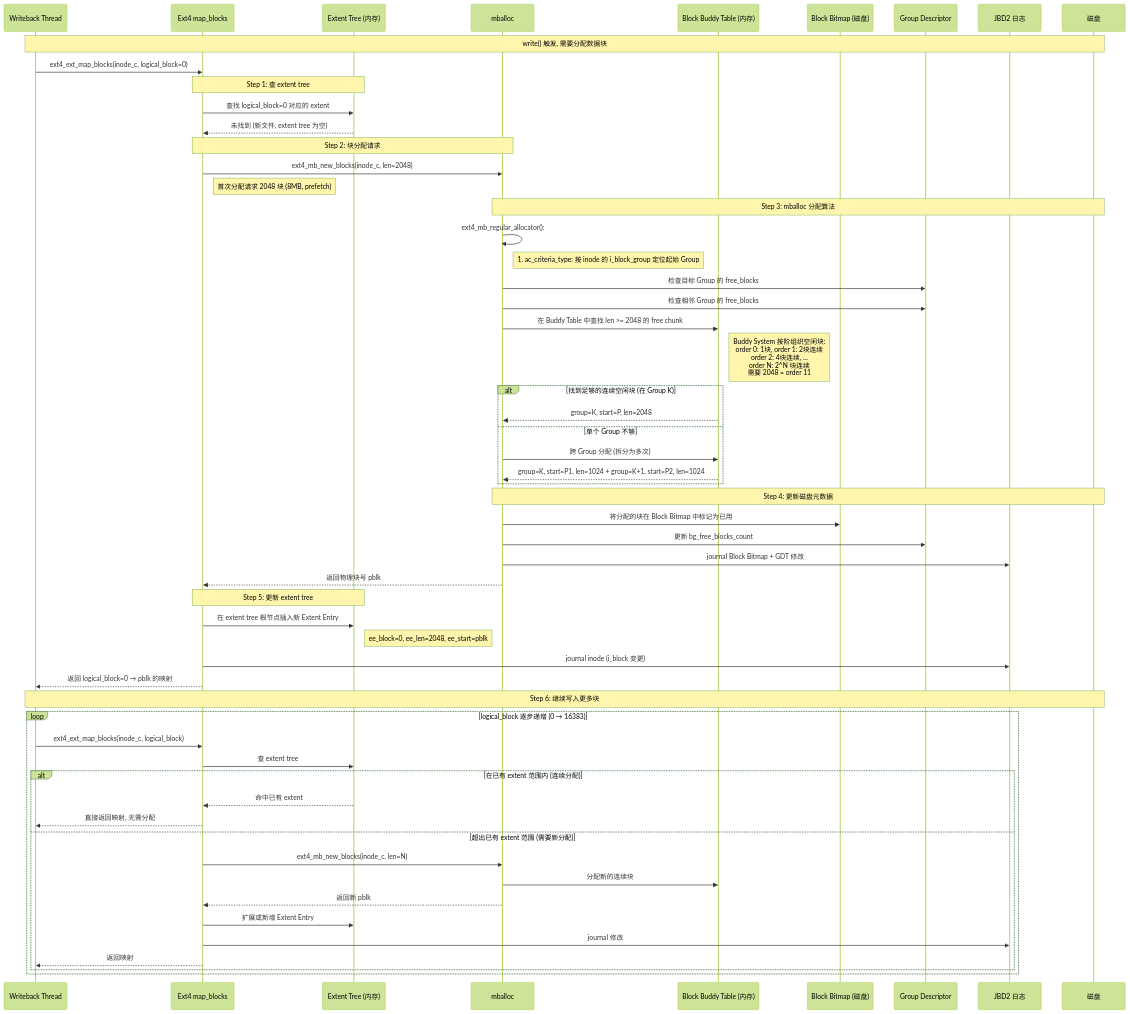
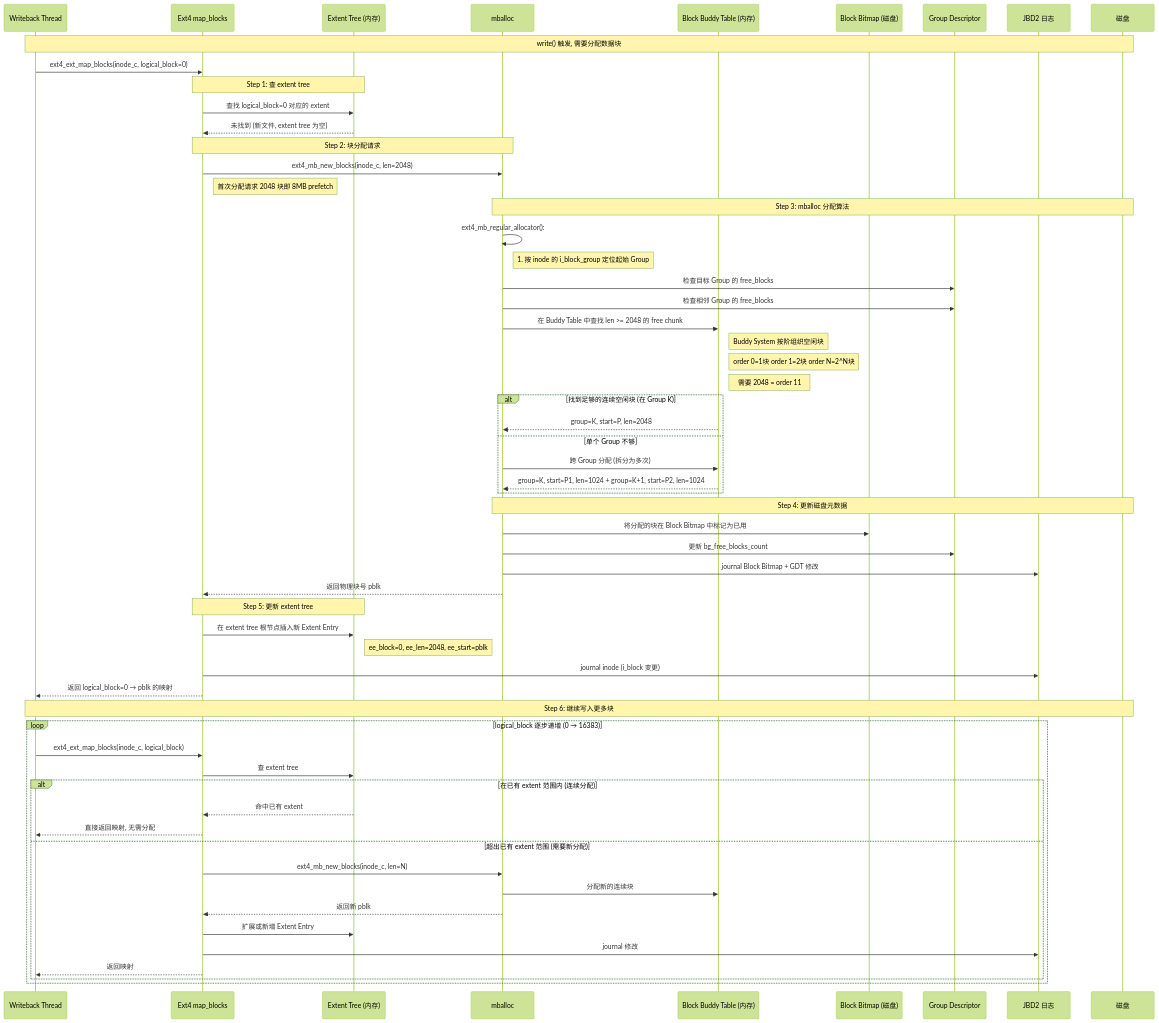
One commit to carlvinhust2012/MyStudy changed the fourth of 5 diagrams in Storage/ext4/ext4写入文件分析.md. Above: the diagram before and after it, drawn with Mermaid (forest theme). The commit also changed other lines of this file, not shown here.

Commit message:
update the ext4 file

````diff
--- a/Storage/ext4/ext4写入文件分析.md
+++ b/Storage/ext4/ext4写入文件分析.md
@@ -341,77 +342,79 @@
 ```mermaid
 sequenceDiagram
     participant WB as Writeback Thread
     participant EXT as Ext4 map_blocks
     participant ET as Extent Tree (内存)
     participant MB as mballoc
     participant BBT as Block Buddy Table (内存)
     participant BBM as Block Bitmap (磁盘)
     participant GDT as Group Descriptor
     participant JBD2 as JBD2 日志
     participant Disk as 磁盘
 
     Note over WB,Disk: write() 触发, 需要分配数据块
 
     WB->>EXT: ext4_ext_map_blocks(inode_c, logical_block=0)
 
     Note over EXT,ET: Step 1: 查 extent tree
 
     EXT->>ET: 查找 logical_block=0 对应的 extent
     ET-->>EXT: 未找到 (新文件, extent tree 为空)
 
     Note over EXT,MB: Step 2: 块分配请求
 
     EXT->>MB: ext4_mb_new_blocks(inode_c, len=2048)
-    Note right of EXT: 首次分配请求 2048 块 (8MB, prefetch)
+    Note right of EXT: 首次分配请求 2048 块即 8MB prefetch
 
     Note over MB,Disk: Step 3: mballoc 分配算法
 
     MB->>MB: ext4_mb_regular_allocator():
-    Note right of MB: 1. ac_criteria_type: 按 inode 的 i_block_group 定位起始 Group
+    Note right of MB: 1. 按 inode 的 i_block_group 定位起始 Group
     MB->>GDT: 检查目标 Group 的 free_blocks
     MB->>GDT: 检查相邻 Group 的 free_blocks
 
     MB->>BBT: 在 Buddy Table 中查找 len >= 2048 的 free chunk
-    Note right of BBT: Buddy System 按阶组织空闲块:<br>order 0: 1块, order 1: 2块连续<br>order 2: 4块连续, ...<br>order N: 2^N 块连续<br>需要 2048 = order 11
+    Note right of BBT: Buddy System 按阶组织空闲块
+    Note right of BBT: order 0=1块 order 1=2块 order N=2^N块
+    Note right of BBT: 需要 2048 = order 11
 
     alt 找到足够的连续空闲块 (在 Group K)
         BBT-->>MB: group=K, start=P, len=2048
     else 单个 Group 不够
         MB->>BBT: 跨 Group 分配 (拆分为多次)
         BBT-->>MB: group=K, start=P1, len=1024 + group=K+1, start=P2, len=1024
     end
 
     Note over MB,Disk: Step 4: 更新磁盘元数据
 
     MB->>BBM: 将分配的块在 Block Bitmap 中标记为已用
     MB->>GDT: 更新 bg_free_blocks_count
     MB->>JBD2: journal Block Bitmap + GDT 修改
     MB-->>EXT: 返回物理块号 pblk
 
     Note over EXT,ET: Step 5: 更新 extent tree
 
     EXT->>ET: 在 extent tree 根节点插入新 Extent Entry
     Note right of ET: ee_block=0, ee_len=2048, ee_start=pblk
     EXT->>JBD2: journal inode (i_block 变更)
 
     EXT-->>WB: 返回 logical_block=0 → pblk 的映射
 
     Note over WB,Disk: Step 6: 继续写入更多块
 
     loop logical_block 逐步递增 (0 → 16383)
         WB->>EXT: ext4_ext_map_blocks(inode_c, logical_block)
         EXT->>ET: 查 extent tree
 
         alt 在已有 extent 范围内 (连续分配)
             ET-->>EXT: 命中已有 extent
             EXT-->>WB: 直接返回映射, 无需分配
         else 超出已有 extent 范围 (需要新分配)
             EXT->>MB: ext4_mb_new_blocks(inode_c, len=N)
             MB->>BBT: 分配新的连续块
             MB-->>EXT: 返回新 pblk
             EXT->>ET: 扩展或新增 Extent Entry
             EXT->>JBD2: journal 修改
             EXT-->>WB: 返回映射
         end
     end
 ```
````
